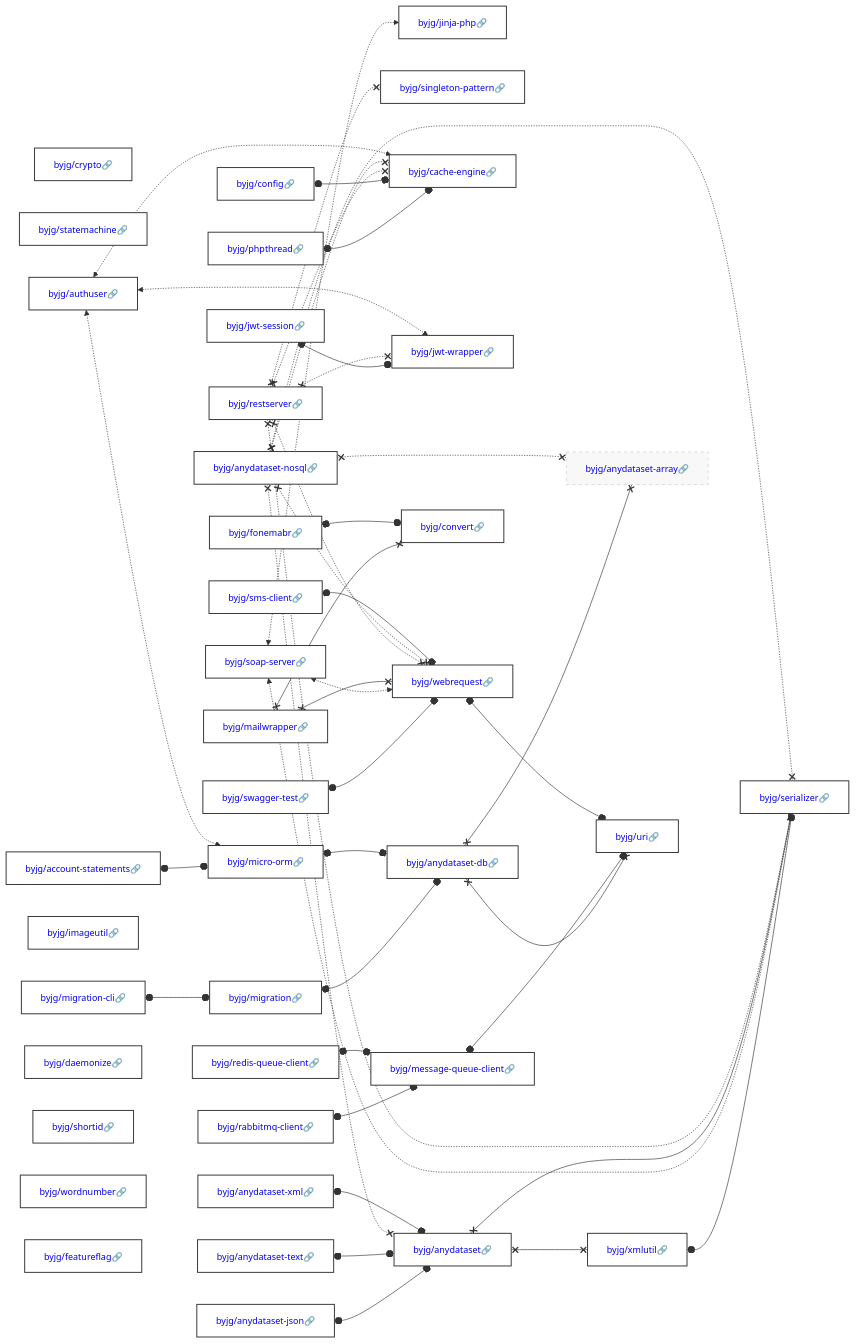
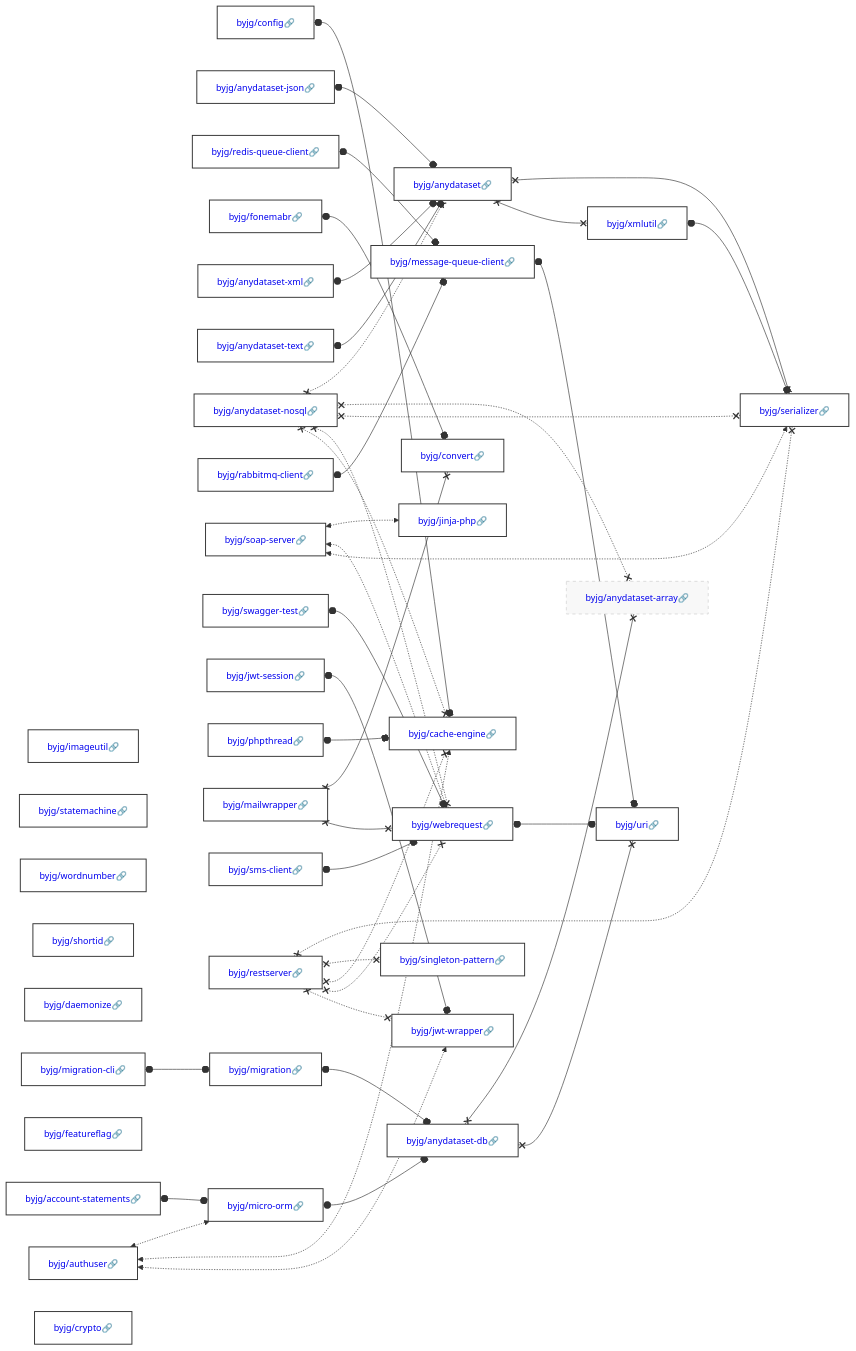
One commit to byjg/byjg.github.io changed the diagram in docs/php/README.md. Above: the diagram before and after it, drawn with Mermaid. The commit also changed other lines of this file and 1 other file, not shown here.

Commit message:
Update documentation 'php' 'php-cache-engine'

````diff
--- a/docs/php/README.md
+++ b/docs/php/README.md
@@ -3,45 +3,45 @@
 ```mermaid
 graph LR;
+  byjg/imageutil[<a href='https://opensource.byjg.com/docs/php/imageutil' style='text-decoration:none'>byjg/imageutil🔗</a>];
+  byjg/config[<a href='https://opensource.byjg.com/docs/php/config' style='text-decoration:none'>byjg/config🔗</a>];
+  byjg/anydataset-json[<a href='https://opensource.byjg.com/docs/php/anydataset-json' style='text-decoration:none'>byjg/anydataset-json🔗</a>];
+  byjg/statemachine[<a href='https://opensource.byjg.com/docs/php/statemachine' style='text-decoration:none'>byjg/statemachine🔗</a>];
+  byjg/redis-queue-client[<a href='https://opensource.byjg.com/docs/php/redis-queue-client' style='text-decoration:none'>byjg/redis-queue-client🔗</a>];
+  byjg/wordnumber[<a href='https://opensource.byjg.com/docs/php/wordnumber' style='text-decoration:none'>byjg/wordnumber🔗</a>];
+  byjg/shortid[<a href='https://opensource.byjg.com/docs/php/shortid' style='text-decoration:none'>byjg/shortid🔗</a>];
+  byjg/daemonize[<a href='https://opensource.byjg.com/docs/php/daemonize' style='text-decoration:none'>byjg/daemonize🔗</a>];
+  byjg/fonemabr[<a href='https://opensource.byjg.com/docs/php/fonemabr' style='text-decoration:none'>byjg/fonemabr🔗</a>];
+  byjg/anydataset-xml[<a href='https://opensource.byjg.com/docs/php/anydataset-xml' style='text-decoration:none'>byjg/anydataset-xml🔗</a>];
+  byjg/anydataset-text[<a href='https://opensource.byjg.com/docs/php/anydataset-text' style='text-decoration:none'>byjg/anydataset-text🔗</a>];
+  byjg/account-statements[<a href='https://opensource.byjg.com/docs/php/account-statements' style='text-decoration:none'>byjg/account-statements🔗</a>];
+  byjg/featureflag[<a href='https://opensource.byjg.com/docs/php/featureflag' style='text-decoration:none'>byjg/featureflag🔗</a>];
+  byjg/anydataset-nosql[<a href='https://opensource.byjg.com/docs/php/anydataset-nosql' style='text-decoration:none'>byjg/anydataset-nosql🔗</a>];
+  byjg/migration-cli[<a href='https://opensource.byjg.com/docs/php/migration-cli' style='text-decoration:none'>byjg/migration-cli🔗</a>];
+  byjg/rabbitmq-client[<a href='https://opensource.byjg.com/docs/php/rabbitmq-client' style='text-decoration:none'>byjg/rabbitmq-client🔗</a>];
+  byjg/soap-server[<a href='https://opensource.byjg.com/docs/php/soap-server' style='text-decoration:none'>byjg/soap-server🔗</a>];
+  byjg/swagger-test[<a href='https://opensource.byjg.com/docs/php/swagger-test' style='text-decoration:none'>byjg/swagger-test🔗</a>];
+  byjg/jwt-session[<a href='https://opensource.byjg.com/docs/php/jwt-session' style='text-decoration:none'>byjg/jwt-session🔗</a>];
+  byjg/authuser[<a href='https://opensource.byjg.com/docs/php/authuser' style='text-decoration:none'>byjg/authuser🔗</a>];
+  byjg/phpthread[<a href='https://opensource.byjg.com/docs/php/phpthread' style='text-decoration:none'>byjg/phpthread🔗</a>];
+  byjg/mailwrapper[<a href='https://opensource.byjg.com/docs/php/mailwrapper' style='text-decoration:none'>byjg/mailwrapper🔗</a>];
   byjg/crypto[<a href='https://opensource.byjg.com/docs/php/crypto' style='text-decoration:none'>byjg/crypto🔗</a>];
-  byjg/soap-server[<a href='https://opensource.byjg.com/docs/php/soap-server' style='text-decoration:none'>byjg/soap-server🔗</a>];
-  byjg/statemachine[<a href='https://opensource.byjg.com/docs/php/statemachine' style='text-decoration:none'>byjg/statemachine🔗</a>];
-  byjg/anydataset-nosql[<a href='https://opensource.byjg.com/docs/php/anydataset-nosql' style='text-decoration:none'>byjg/anydataset-nosql🔗</a>];
-  byjg/swagger-test[<a href='https://opensource.byjg.com/docs/php/swagger-test' style='text-decoration:none'>byjg/swagger-test🔗</a>];
-  byjg/migration-cli[<a href='https://opensource.byjg.com/docs/php/migration-cli' style='text-decoration:none'>byjg/migration-cli🔗</a>];
-  byjg/anydataset-xml[<a href='https://opensource.byjg.com/docs/php/anydataset-xml' style='text-decoration:none'>byjg/anydataset-xml🔗</a>];
-  byjg/fonemabr[<a href='https://opensource.byjg.com/docs/php/fonemabr' style='text-decoration:none'>byjg/fonemabr🔗</a>];
-  byjg/anydataset-json[<a href='https://opensource.byjg.com/docs/php/anydataset-json' style='text-decoration:none'>byjg/anydataset-json🔗</a>];
-  byjg/rabbitmq-client[<a href='https://opensource.byjg.com/docs/php/rabbitmq-client' style='text-decoration:none'>byjg/rabbitmq-client🔗</a>];
+  byjg/sms-client[<a href='https://opensource.byjg.com/docs/php/sms-client' style='text-decoration:none'>byjg/sms-client🔗</a>];
   byjg/restserver[<a href='https://opensource.byjg.com/docs/php/restserver' style='text-decoration:none'>byjg/restserver🔗</a>];
-  byjg/account-statements[<a href='https://opensource.byjg.com/docs/php/account-statements' style='text-decoration:none'>byjg/account-statements🔗</a>];
-  byjg/phpthread[<a href='https://opensource.byjg.com/docs/php/phpthread' style='text-decoration:none'>byjg/phpthread🔗</a>];
-  byjg/redis-queue-client[<a href='https://opensource.byjg.com/docs/php/redis-queue-client' style='text-decoration:none'>byjg/redis-queue-client🔗</a>];
-  byjg/config[<a href='https://opensource.byjg.com/docs/php/config' style='text-decoration:none'>byjg/config🔗</a>];
-  byjg/jwt-session[<a href='https://opensource.byjg.com/docs/php/jwt-session' style='text-decoration:none'>byjg/jwt-session🔗</a>];
-  byjg/sms-client[<a href='https://opensource.byjg.com/docs/php/sms-client' style='text-decoration:none'>byjg/sms-client🔗</a>];
-  byjg/imageutil[<a href='https://opensource.byjg.com/docs/php/imageutil' style='text-decoration:none'>byjg/imageutil🔗</a>];
-  byjg/authuser[<a href='https://opensource.byjg.com/docs/php/authuser' style='text-decoration:none'>byjg/authuser🔗</a>];
-  byjg/daemonize[<a href='https://opensource.byjg.com/docs/php/daemonize' style='text-decoration:none'>byjg/daemonize🔗</a>];
-  byjg/anydataset-text[<a href='https://opensource.byjg.com/docs/php/anydataset-text' style='text-decoration:none'>byjg/anydataset-text🔗</a>];
-  byjg/mailwrapper[<a href='https://opensource.byjg.com/docs/php/mailwrapper' style='text-decoration:none'>byjg/mailwrapper🔗</a>];
-  byjg/shortid[<a href='https://opensource.byjg.com/docs/php/shortid' style='text-decoration:none'>byjg/shortid🔗</a>];
-  byjg/wordnumber[<a href='https://opensource.byjg.com/docs/php/wordnumber' style='text-decoration:none'>byjg/wordnumber🔗</a>];
-  byjg/featureflag[<a href='https://opensource.byjg.com/docs/php/featureflag' style='text-decoration:none'>byjg/featureflag🔗</a>];
+  byjg/anydataset[<a href='https://opensource.byjg.com/docs/php/anydataset' style='text-decoration:none'>byjg/anydataset🔗</a>];
+  byjg/migration[<a href='https://opensource.byjg.com/docs/php/migration' style='text-decoration:none'>byjg/migration🔗</a>];
+  byjg/message-queue-client[<a href='https://opensource.byjg.com/docs/php/message-queue-client' style='text-decoration:none'>byjg/message-queue-client🔗</a>];
   byjg/jinja-php[<a href='https://opensource.byjg.com/docs/php/jinja-php' style='text-decoration:none'>byjg/jinja-php🔗</a>];
-  byjg/migration[<a href='https://opensource.byjg.com/docs/php/migration' style='text-decoration:none'>byjg/migration🔗</a>];
+  byjg/micro-orm[<a href='https://opensource.byjg.com/docs/php/micro-orm' style='text-decoration:none'>byjg/micro-orm🔗</a>];
+  byjg/convert[<a href='https://opensource.byjg.com/docs/php/convert' style='text-decoration:none'>byjg/convert🔗</a>];
   byjg/singleton-pattern[<a href='https://opensource.byjg.com/docs/php/singleton-pattern' style='text-decoration:none'>byjg/singleton-pattern🔗</a>];
-  byjg/message-queue-client[<a href='https://opensource.byjg.com/docs/php/message-queue-client' style='text-decoration:none'>byjg/message-queue-client🔗</a>];
-  byjg/micro-orm[<a href='https://opensource.byjg.com/docs/php/micro-orm' style='text-decoration:none'>byjg/micro-orm🔗</a>];
   byjg/cache-engine[<a href='https://opensource.byjg.com/docs/php/cache-engine' style='text-decoration:none'>byjg/cache-engine🔗</a>];
+  byjg/webrequest[<a href='https://opensource.byjg.com/docs/php/webrequest' style='text-decoration:none'>byjg/webrequest🔗</a>];
   byjg/jwt-wrapper[<a href='https://opensource.byjg.com/docs/php/jwt-wrapper' style='text-decoration:none'>byjg/jwt-wrapper🔗</a>];
-  byjg/anydataset[<a href='https://opensource.byjg.com/docs/php/anydataset' style='text-decoration:none'>byjg/anydataset🔗</a>];
-  byjg/convert[<a href='https://opensource.byjg.com/docs/php/convert' style='text-decoration:none'>byjg/convert🔗</a>];
-  byjg/webrequest[<a href='https://opensource.byjg.com/docs/php/webrequest' style='text-decoration:none'>byjg/webrequest🔗</a>];
+  byjg/xmlutil[<a href='https://opensource.byjg.com/docs/php/xmlutil' style='text-decoration:none'>byjg/xmlutil🔗</a>];
   byjg/anydataset-db[<a href='https://opensource.byjg.com/docs/php/anydataset-db' style='text-decoration:none'>byjg/anydataset-db🔗</a>];
-  byjg/xmlutil[<a href='https://opensource.byjg.com/docs/php/xmlutil' style='text-decoration:none'>byjg/xmlutil🔗</a>];
+  byjg/serializer[<a href='https://opensource.byjg.com/docs/php/serializer' style='text-decoration:none'>byjg/serializer🔗</a>];
   byjg/anydataset-array[<a href='https://opensource.byjg.com/docs/php/anydataset-array' style='text-decoration:none'>byjg/anydataset-array🔗</a>];
   byjg/uri[<a href='https://opensource.byjg.com/docs/php/uri' style='text-decoration:none'>byjg/uri🔗</a>];
-  byjg/serializer[<a href='https://opensource.byjg.com/docs/php/serializer' style='text-decoration:none'>byjg/serializer🔗</a>];
   byjg/xmlutil o--o byjg/serializer;
   byjg/rabbitmq-client o--o byjg/message-queue-client;
   byjg/migration o--o byjg/anydataset-db;
````
